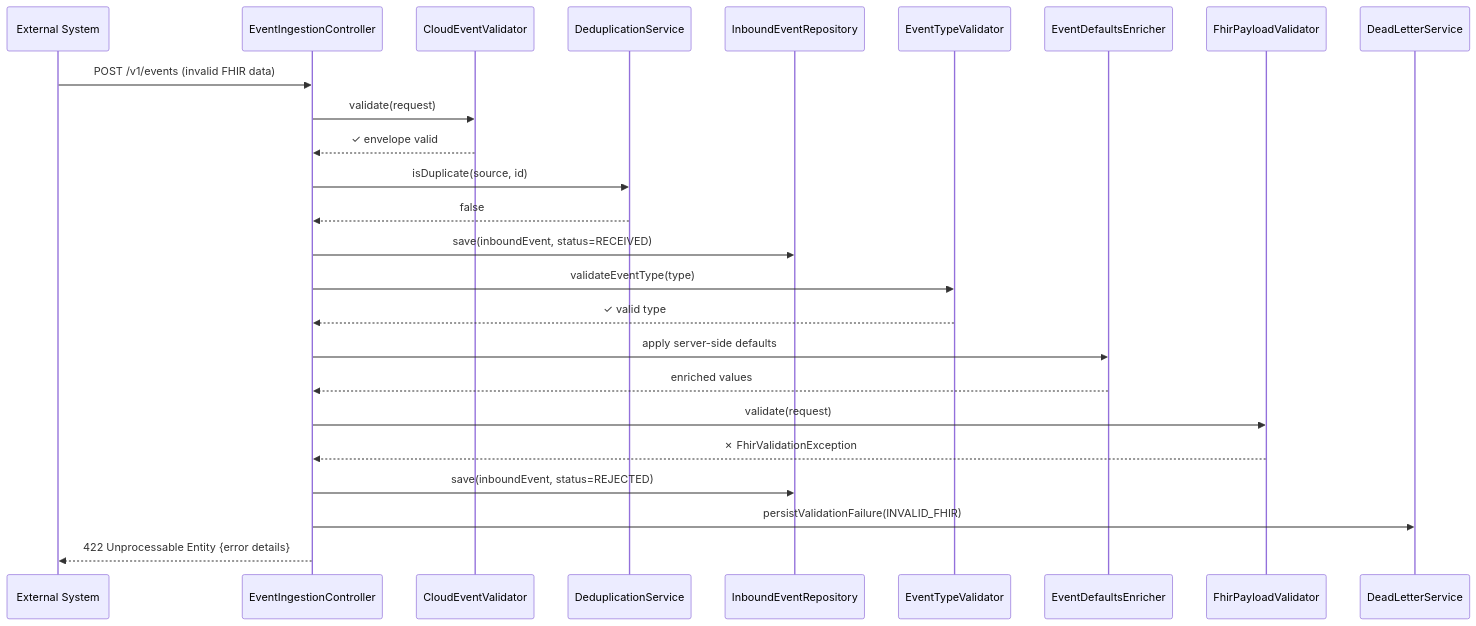
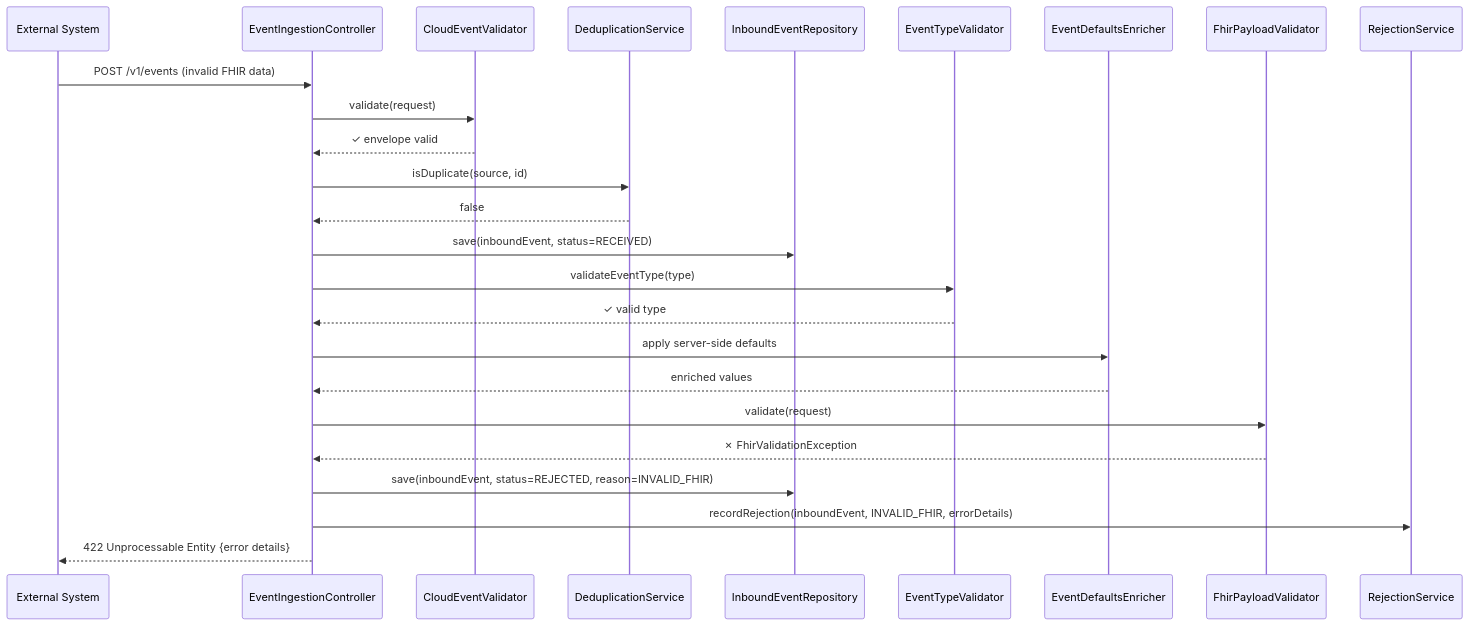
One commit to Jayaprakash8887/cce-collector-service changed the third of 8 diagrams in docs/flow-diagrams.md. Above: the diagram before and after it, drawn with Mermaid. The commit also changed other lines of this file and 6 other files, not shown here.

````diff
--- a/docs/flow-diagrams.md
+++ b/docs/flow-diagrams.md
@@ -113,33 +113,33 @@
 ```mermaid
 sequenceDiagram
     participant Client as External System
     participant Controller as EventIngestionController
     participant Validator as CloudEventValidator
     participant Dedup as DeduplicationService
     participant Repo as InboundEventRepository
     participant TypeValidator as EventTypeValidator
     participant Defaults as EventDefaultsEnricher
     participant FHIR as FhirPayloadValidator
-    participant DL as DeadLetterService
+    participant RS as RejectionService
 
     Client->>Controller: POST /v1/events (invalid FHIR data)
     Controller->>Validator: validate(request)
     Validator-->>Controller: ✓ envelope valid
 
     Controller->>Dedup: isDuplicate(source, id)
     Dedup-->>Controller: false
 
     Controller->>Repo: save(inboundEvent, status=RECEIVED)
     Controller->>TypeValidator: validateEventType(type)
     TypeValidator-->>Controller: ✓ valid type
     Controller->>Defaults: apply server-side defaults
     Defaults-->>Controller: enriched values
 
     Controller->>FHIR: validate(request)
     FHIR-->>Controller: ✗ FhirValidationException
 
-    Controller->>Repo: save(inboundEvent, status=REJECTED)
-    Controller->>DL: persistValidationFailure(INVALID_FHIR)
+    Controller->>Repo: save(inboundEvent, status=REJECTED, reason=INVALID_FHIR)
+    Controller->>RS: recordRejection(inboundEvent, INVALID_FHIR, errorDetails)
 
     Controller-->>Client: 422 Unprocessable Entity {error details}
 ```
````
